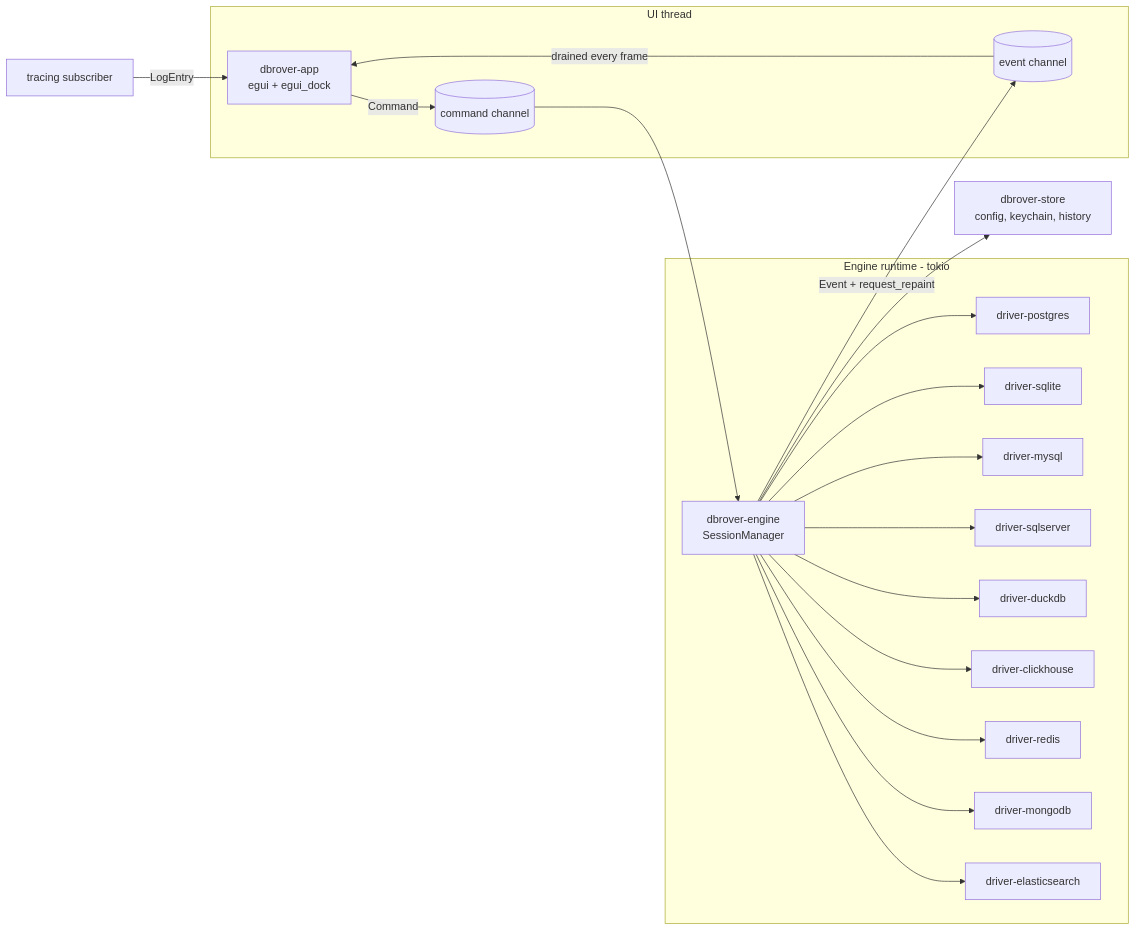
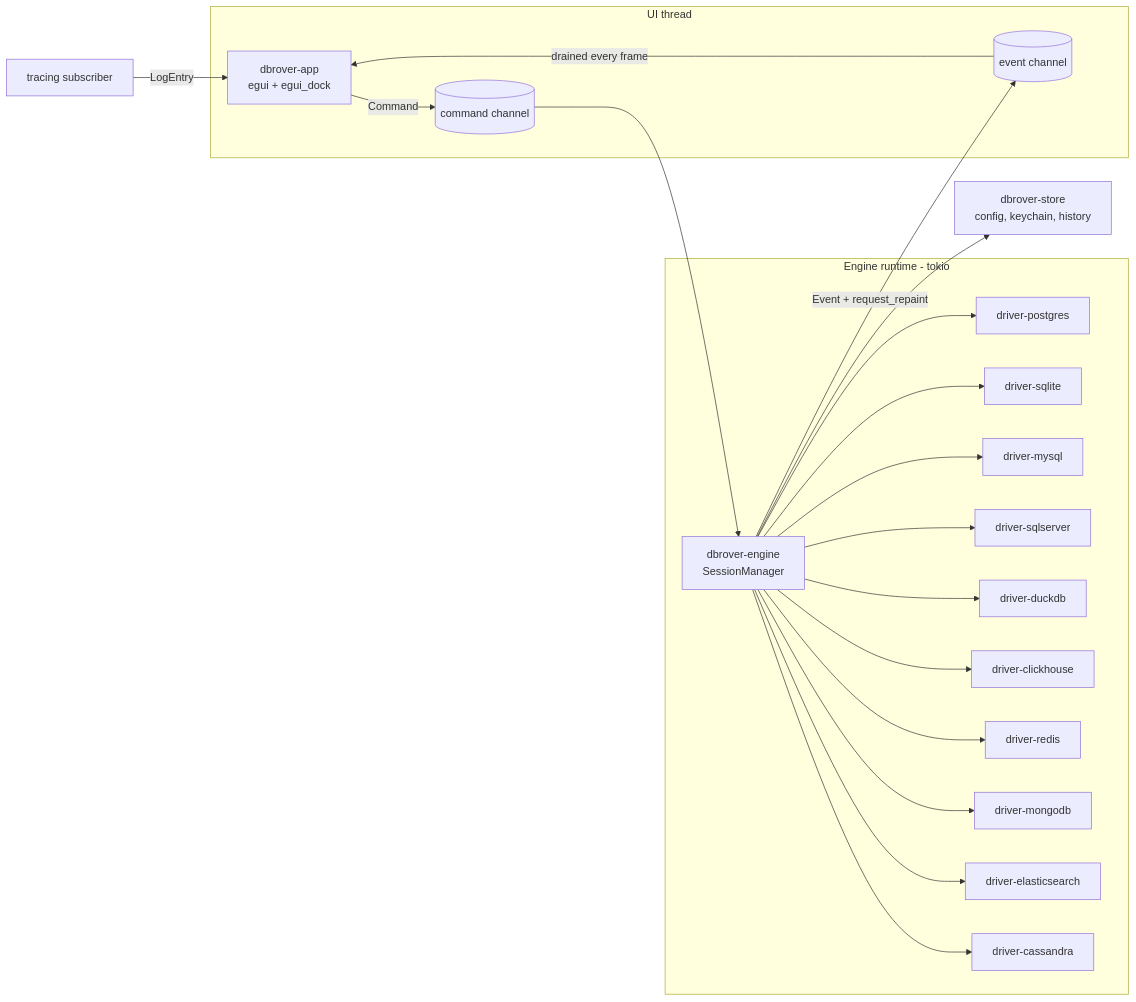
The diagram in docs/architecture.md (navasvarela/dbrover), drawn with Mermaid before and after one commit. The commit also changed other lines of this file and 46 other files, not shown here.

First line of the commit message:
feat(driver-cassandra): connect to Cassandra and ScyllaDB, and run CQL (#339)

````diff
--- a/docs/architecture.md
+++ b/docs/architecture.md
@@ -9,22 +9,23 @@
 ```mermaid
 flowchart LR
     subgraph UI thread
         App[dbrover-app<br/>egui + egui_dock] -->|Command| CmdTx[(command channel)]
         EvRx[(event channel)] -->|drained every frame| App
     end
     subgraph Engine runtime - tokio
         CmdTx --> Engine[dbrover-engine<br/>SessionManager]
         Engine --> PG[driver-postgres]
         Engine --> SQ[driver-sqlite]
         Engine --> MY[driver-mysql]
         Engine --> MS[driver-sqlserver]
         Engine --> DK[driver-duckdb]
         Engine --> CH[driver-clickhouse]
         Engine --> RD[driver-redis]
         Engine --> MG[driver-mongodb]
         Engine --> ES[driver-elasticsearch]
+        Engine --> CQ[driver-cassandra]
         Engine -->|Event + request_repaint| EvRx
     end
     Engine --> Store[dbrover-store<br/>config, keychain, history]
     Tracing[tracing subscriber] -->|LogEntry| App
 ```
````
